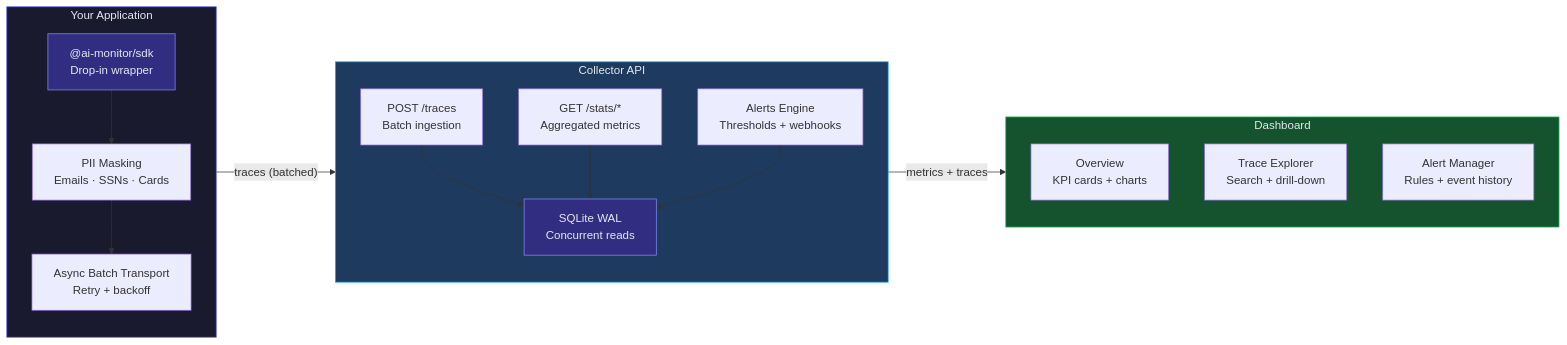
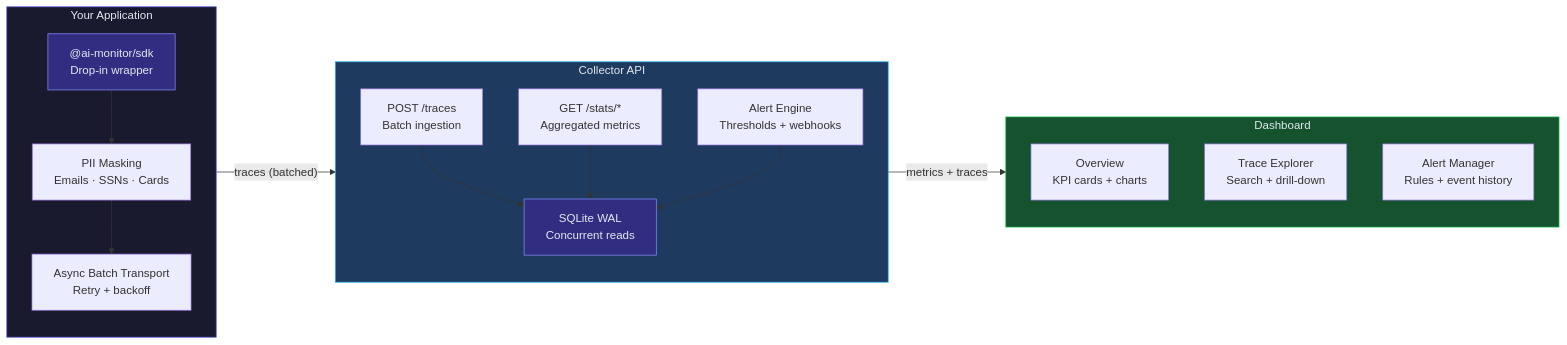
The first of 3 diagrams in README.md (gcasti256/ai-service-monitor), drawn with Mermaid before and after one commit. The commit also changed other lines of this file, not shown here.

First line of the commit message:
Overhaul README with visual dashboard, diagrams, and demo section

````diff
--- a/README.md
+++ b/README.md
@@ -26,36 +59,36 @@
 ```mermaid
 flowchart LR
     subgraph app["Your Application"]
         direction TB
         SDK["@ai-monitor/sdk\nDrop-in wrapper"]
         PII["PII Masking\nEmails · SSNs · Cards"]
         Batch["Async Batch Transport\nRetry + backoff"]
         SDK --> PII --> Batch
     end
 
     subgraph collector["Collector API"]
         direction TB
         Ingest["POST /traces\nBatch ingestion"]
         Stats["GET /stats/*\nAggregated metrics"]
-        Alerts["Alerts Engine\nThresholds + webhooks"]
+        Alerts["Alert Engine\nThresholds + webhooks"]
         Ingest --> DB["SQLite WAL\nConcurrent reads"]
         Stats --> DB
         Alerts --> DB
     end
 
     subgraph dashboard["Dashboard"]
         direction TB
         Overview["Overview\nKPI cards + charts"]
         Traces["Trace Explorer\nSearch + drill-down"]
         AlertUI["Alert Manager\nRules + event history"]
     end
 
     app -->|"traces (batched)"| collector
     collector -->|"metrics + traces"| dashboard
 
     style app fill:#1a1a2e,stroke:#6366f1,color:#e2e8f0
     style collector fill:#1e3a5f,stroke:#0ea5e9,color:#e2e8f0
     style dashboard fill:#14532d,stroke:#22c55e,color:#e2e8f0
     style SDK fill:#312e81,stroke:#818cf8,color:#e2e8f0
     style DB fill:#312e81,stroke:#818cf8,color:#e2e8f0
 ```
````
